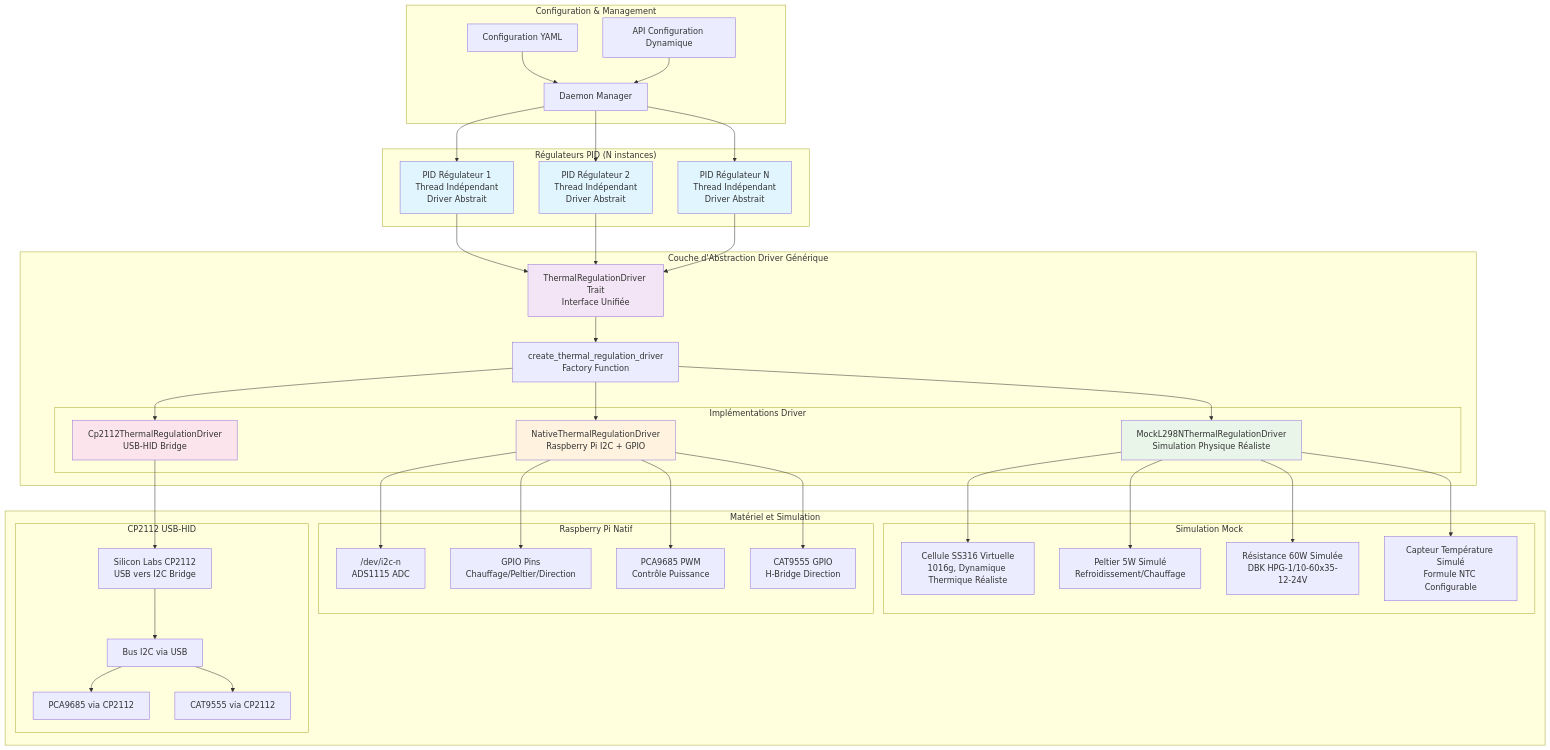
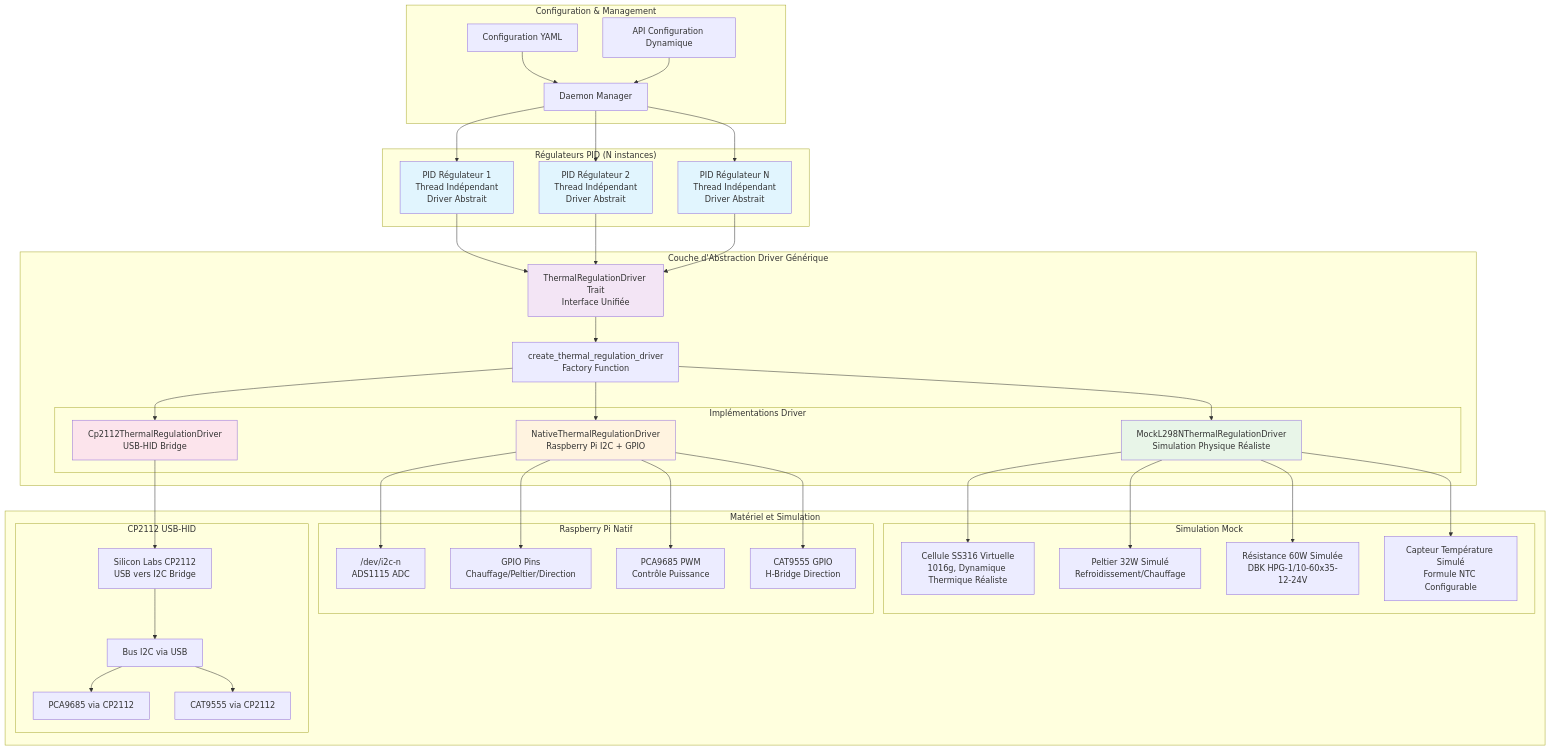
The third of 28 diagrams in docs/regulation_thermique.md (sctg-development/rust-photoacoustic), drawn with Mermaid before and after one commit. The commit also changed other lines of this file, not shown here.

```diff
--- a/docs/regulation_thermique.md
+++ b/docs/regulation_thermique.md
@@ -182,7 +182,7 @@
     subgraph "Matériel et Simulation"
         subgraph "Simulation Mock"
             MOCK_CELL[Cellule SS316 Virtuelle<br/>1016g, Dynamique Thermique Réaliste]
-            MOCK_PELTIER[Peltier 5W Simulé<br/>Refroidissement/Chauffage]
+            MOCK_PELTIER[Peltier 32W Simulé<br/>Refroidissement/Chauffage]
             MOCK_HEATER[Résistance 60W Simulée<br/>DBK HPG-1/10-60x35-12-24V]
             MOCK_TEMP[Capteur Température Simulé<br/>Formule NTC Configurable]
         end
```
